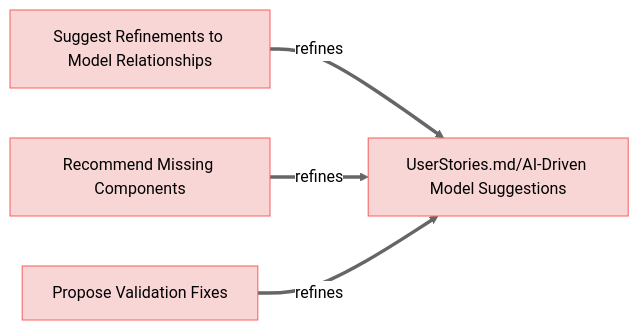
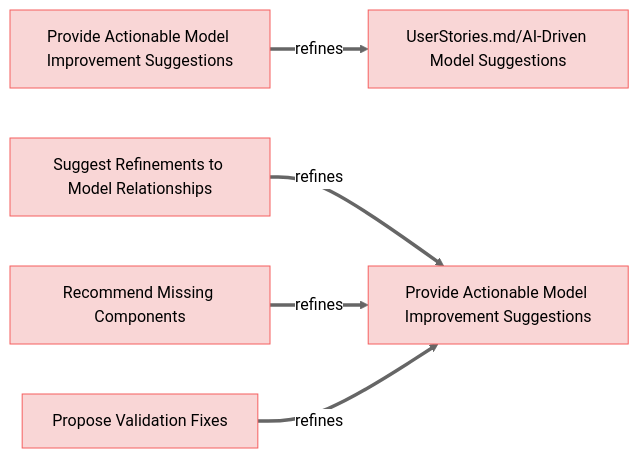
Before and after one commit to reqvire-org/reqvire: the eighth of 11 diagrams in specifications/UserRequirements.md, drawn with Mermaid (neutral theme). The commit also changed other lines of this file and 31 other files, not shown here.

````diff
--- a/specifications/UserRequirements.md
+++ b/specifications/UserRequirements.md
@@ -541,26 +611,33 @@
 ```mermaid
 graph LR;
   %% Graph styling
   classDef requirement fill:#f9d6d6,stroke:#f55f5f,stroke-width:1px;
   classDef satisfies fill:#fff2cc,stroke:#ffcc00,stroke-width:1px;
   classDef verification fill:#d6f9d6,stroke:#5fd75f,stroke-width:1px;
   classDef externalLink fill:#d0e0ff,stroke:#3080ff,stroke-width:1px;
   classDef paragraph fill:#efefef,stroke:#999999,stroke-width:1px;
   classDef default fill:#f5f5f5,stroke:#333333,stroke-width:1px;
 
+    Provide_Actionable_Model_Improvement_Suggestions["Provide Actionable Model Improvement Suggestions"];
+    click Provide_Actionable_Model_Improvement_Suggestions "UserRequirements.md#provide-actionable-model-improvement-suggestions";
+    class Provide_Actionable_Model_Improvement_Suggestions requirement;
+    Provide_Actionable_Model_Improvement_Suggestions ==>|refines| _UserStories_md_AI_Driven_Model_Suggestions__UserStories_md_ai_driven_model_suggestions_;
+    _UserStories_md_AI_Driven_Model_Suggestions__UserStories_md_ai_driven_model_suggestions_["UserStories.md/AI-Driven Model Suggestions"];
+    click _UserStories_md_AI_Driven_Model_Suggestions__UserStories_md_ai_driven_model_suggestions_ "UserStories.md#ai-driven-model-suggestions";
+    class _UserStories_md_AI_Driven_Model_Suggestions__UserStories_md_ai_driven_model_suggestions_ requirement;
     Suggest_Refinements_to_Model_Relationships["Suggest Refinements to Model Relationships"];
     click Suggest_Refinements_to_Model_Relationships "UserRequirements.md#suggest-refinements-to-model-relationships";
     class Suggest_Refinements_to_Model_Relationships requirement;
-    Suggest_Refinements_to_Model_Relationships ==>|refines| _UserStories_md_AI_Driven_Model_Suggestions__UserStories_html_ai_driven_model_suggestions_;
-    _UserStories_md_AI_Driven_Model_Suggestions__UserStories_html_ai_driven_model_suggestions_["UserStories.md/AI-Driven Model Suggestions"];
-    click _UserStories_md_AI_Driven_Model_Suggestions__UserStories_html_ai_driven_model_suggestions_ "UserStories.html#ai-driven-model-suggestions";
-    class _UserStories_md_AI_Driven_Model_Suggestions__UserStories_html_ai_driven_model_suggestions_ requirement;
+    Suggest_Refinements_to_Model_Relationships ==>|refines| _Provide_Actionable_Model_Improvement_Suggestions___provide_actionable_model_improvement_suggestions_;
+    _Provide_Actionable_Model_Improvement_Suggestions___provide_actionable_model_improvement_suggestions_["Provide Actionable Model Improvement Suggestions"];
+    click _Provide_Actionable_Model_Improvement_Suggestions___provide_actionable_model_improvement_suggestions_ "#provide-actionable-model-improvement-suggestions";
+    class _Provide_Actionable_Model_Improvement_Suggestions___provide_actionable_model_improvement_suggestions_ requirement;
     Recommend_Missing_Components["Recommend Missing Components"];
     click Recommend_Missing_Components "UserRequirements.md#recommend-missing-components";
     class Recommend_Missing_Components requirement;
-    Recommend_Missing_Components ==>|refines| _UserStories_md_AI_Driven_Model_Suggestions__UserStories_html_ai_driven_model_suggestions_;
+    Recommend_Missing_Components ==>|refines| _Provide_Actionable_Model_Improvement_Suggestions___provide_actionable_model_improvement_suggestions_;
     Propose_Validation_Fixes["Propose Validation Fixes"];
     click Propose_Validation_Fixes "UserRequirements.md#propose-validation-fixes";
     class Propose_Validation_Fixes requirement;
-    Propose_Validation_Fixes ==>|refines| _UserStories_md_AI_Driven_Model_Suggestions__UserStories_html_ai_driven_model_suggestions_;
+    Propose_Validation_Fixes ==>|refines| _Provide_Actionable_Model_Improvement_Suggestions___provide_actionable_model_improvement_suggestions_;
 ```
````
